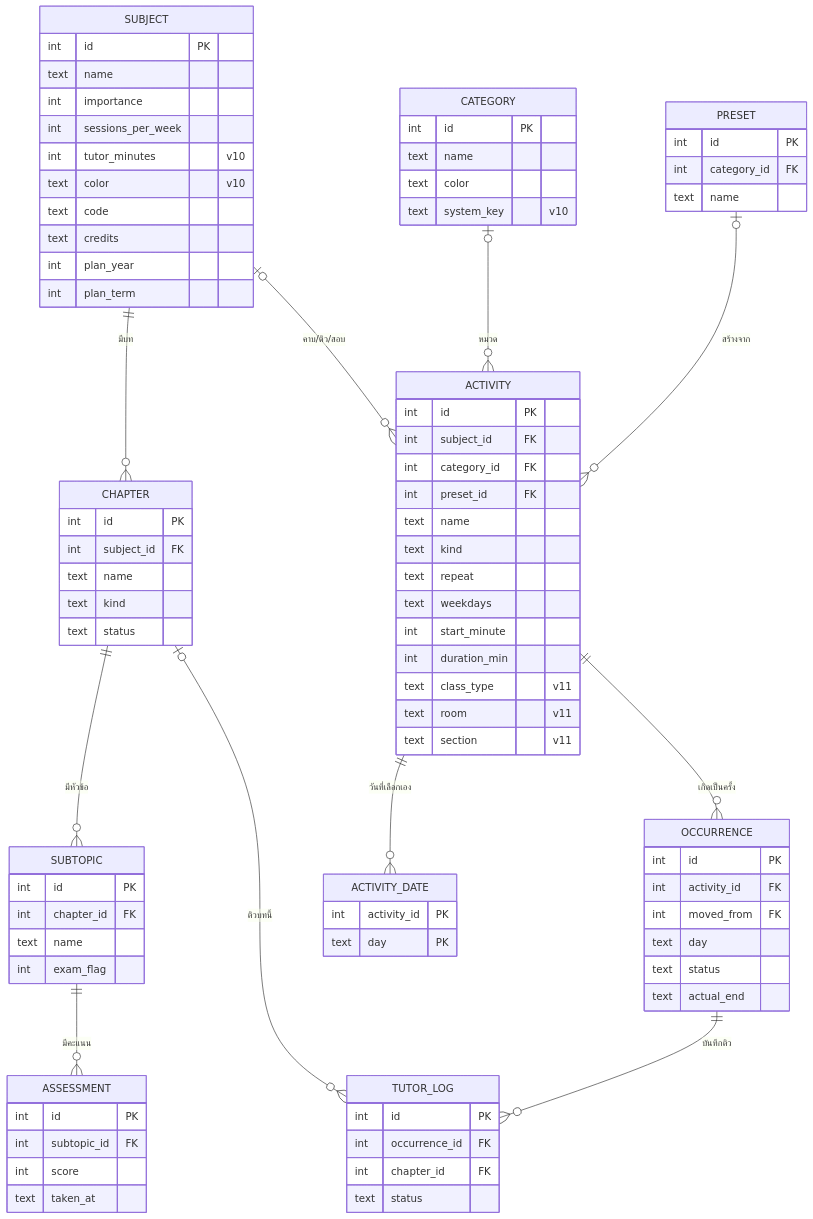
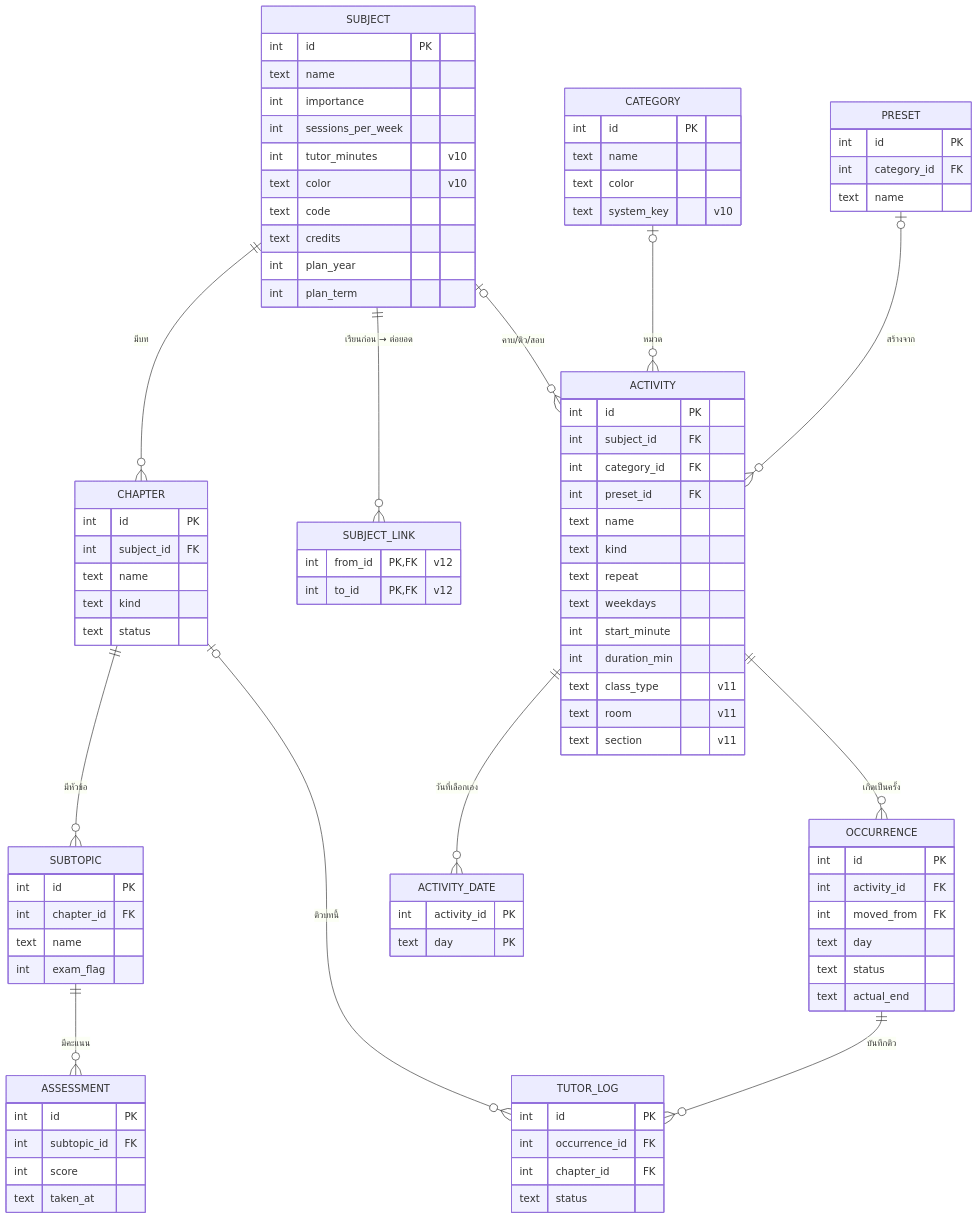
Before and after one commit to Blue-sky213/Manager-App: the diagram in docs/diagrams/er.mmd, drawn with Mermaid. The commit also changed 2 other files, not shown here.

Commit message:
docs: schema v12 subject_link in ER, feature map, CLAUDE.md
Claude-Session: https://claude.ai/code/session_011PygpGeELVNnnhA7ADm4Vr

```diff
--- a/docs/diagrams/er.mmd
+++ b/docs/diagrams/er.mmd
@@ -1,86 +1,91 @@
 erDiagram
   SUBJECT ||--o{ CHAPTER : "มีบท"
+  SUBJECT ||--o{ SUBJECT_LINK : "เรียนก่อน → ต่อยอด"
   CHAPTER ||--o{ SUBTOPIC : "มีหัวข้อ"
   SUBTOPIC ||--o{ ASSESSMENT : "มีคะแนน"
   SUBJECT |o--o{ ACTIVITY : "คาบ/ติว/สอบ"
   CATEGORY |o--o{ ACTIVITY : "หมวด"
   PRESET |o--o{ ACTIVITY : "สร้างจาก"
   ACTIVITY ||--o{ ACTIVITY_DATE : "วันที่เลือกเอง"
   ACTIVITY ||--o{ OCCURRENCE : "เกิดเป็นครั้ง"
   OCCURRENCE ||--o{ TUTOR_LOG : "บันทึกติว"
   CHAPTER |o--o{ TUTOR_LOG : "ติวบทนี้"
   SUBJECT {
     int id PK
     text name
     int importance
     int sessions_per_week
     int tutor_minutes "v10"
     text color "v10"
     text code
     text credits
     int plan_year
     int plan_term
+  }
+  SUBJECT_LINK {
+    int from_id PK,FK "v12"
+    int to_id PK,FK "v12"
   }
   CHAPTER {
     int id PK
     int subject_id FK
     text name
     text kind
     text status
   }
   SUBTOPIC {
     int id PK
     int chapter_id FK
     text name
     int exam_flag
   }
   ASSESSMENT {
     int id PK
     int subtopic_id FK
     int score
     text taken_at
   }
   CATEGORY {
     int id PK
     text name
     text color
     text system_key "v10"
   }
   PRESET {
     int id PK
     int category_id FK
     text name
   }
   ACTIVITY {
     int id PK
     int subject_id FK
     int category_id FK
     int preset_id FK
     text name
     text kind
     text repeat
     text weekdays
     int start_minute
     int duration_min
     text class_type "v11"
     text room "v11"
     text section "v11"
   }
   ACTIVITY_DATE {
     int activity_id PK
     text day PK
   }
   OCCURRENCE {
     int id PK
     int activity_id FK
     int moved_from FK
     text day
     text status
     text actual_end
   }
   TUTOR_LOG {
     int id PK
     int occurrence_id FK
     int chapter_id FK
     text status
   }
```
